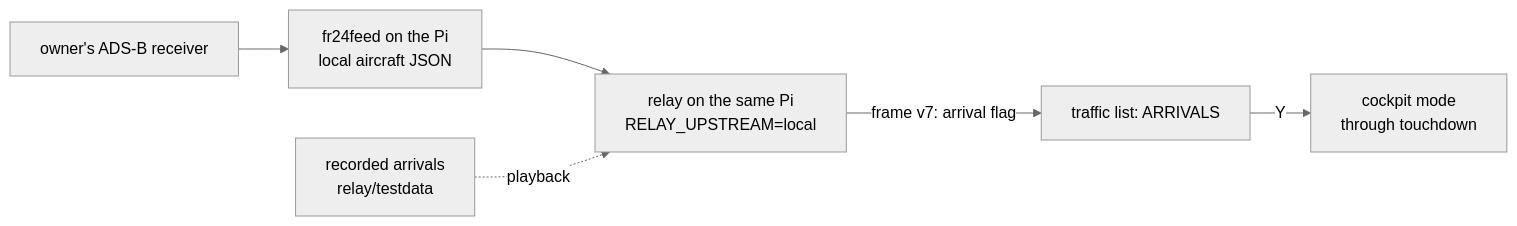
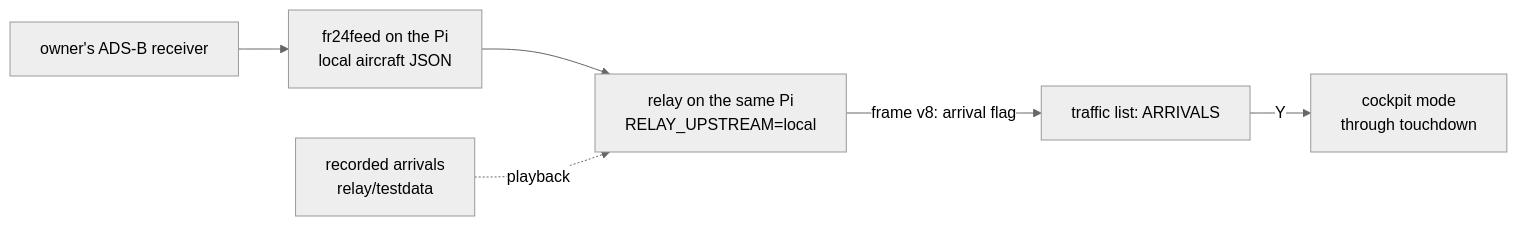
One commit to jfryman/mega-wifi-radar changed the diagram in lode/plans/watch-arrivals.md. Above: the diagram before and after it, drawn with Mermaid (neutral theme). The commit also changed other lines of this file and 63 other files, not shown here.

````diff
--- a/lode/plans/watch-arrivals.md
+++ b/lode/plans/watch-arrivals.md
@@ -10,7 +10,7 @@
 ```mermaid
 flowchart LR
   ANT[owner's ADS-B receiver] --> FR[fr24feed on the Pi<br/>local aircraft JSON] --> R[relay on the same Pi<br/>RELAY_UPSTREAM=local]
-  R -->|frame v7: arrival flag| L[traffic list: ARRIVALS]
+  R -->|frame v8: arrival flag| L[traffic list: ARRIVALS]
   L -->|Y| C[cockpit mode<br/>through touchdown]
   REC[recorded arrivals<br/>relay/testdata] -.->|playback| R
 ```
````
